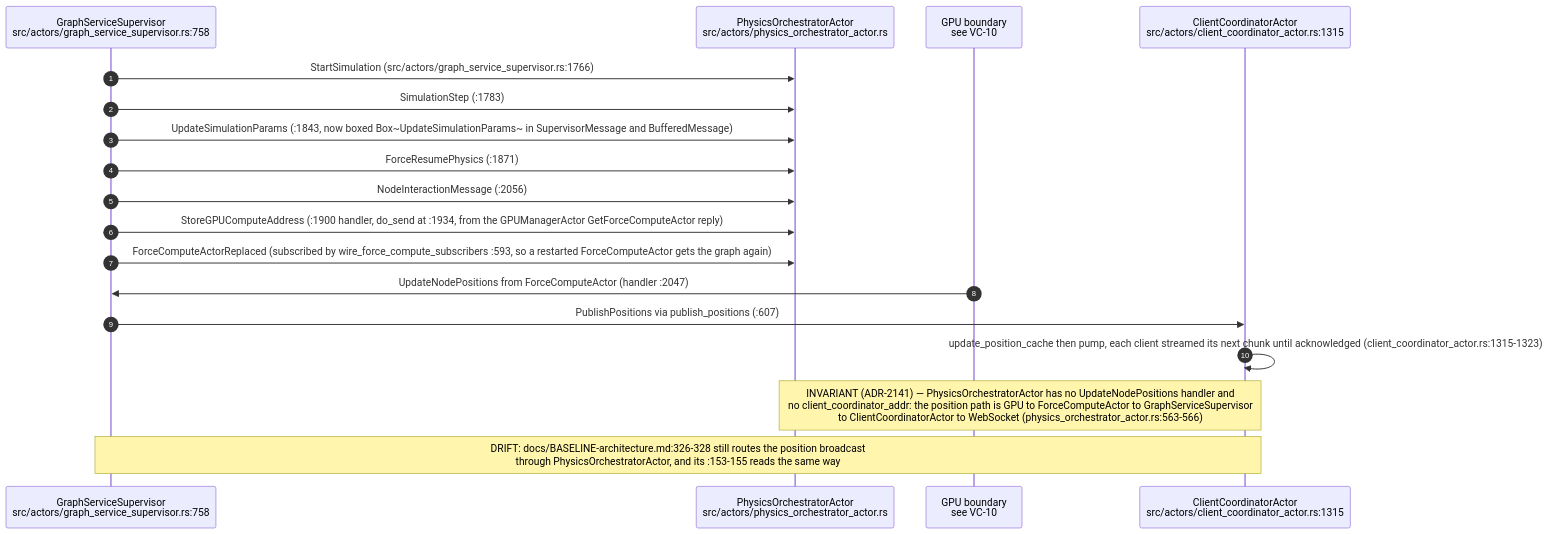
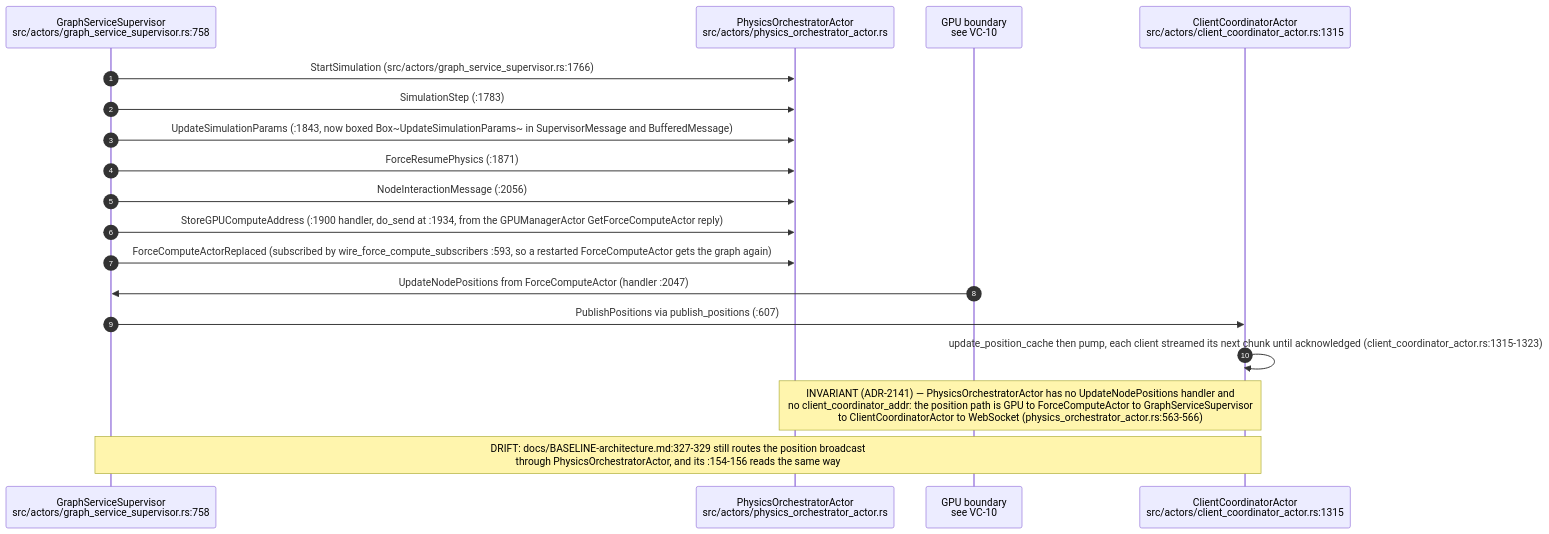
Before and after one commit to DreamLab-AI/VisionFlow: the tenth of 14 diagrams in docs/diagrams/visionclaw/02-actor-supervision.md, drawn with Mermaid. The commit also changed other lines of this file and 151 other files, not shown here.

````diff
--- a/docs/diagrams/visionclaw/02-actor-supervision.md
+++ b/docs/diagrams/visionclaw/02-actor-supervision.md
@@ -415,21 +415,21 @@
 ```mermaid
 sequenceDiagram
     autonumber
     participant GSS as GraphServiceSupervisor<br/>src/actors/graph_service_supervisor.rs:758
     participant PO as PhysicsOrchestratorActor<br/>src/actors/physics_orchestrator_actor.rs
     participant GPU as GPU boundary<br/>see VC-10
     participant CC as ClientCoordinatorActor<br/>src/actors/client_coordinator_actor.rs:1315
 
     GSS->>PO: StartSimulation (src/actors/graph_service_supervisor.rs:1766)
     GSS->>PO: SimulationStep (:1783)
     GSS->>PO: UpdateSimulationParams (:1843, now boxed Box~UpdateSimulationParams~ in SupervisorMessage and BufferedMessage)
     GSS->>PO: ForceResumePhysics (:1871)
     GSS->>PO: NodeInteractionMessage (:2056)
     GSS->>PO: StoreGPUComputeAddress (:1900 handler, do_send at :1934, from the GPUManagerActor GetForceComputeActor reply)
     GSS->>PO: ForceComputeActorReplaced (subscribed by wire_force_compute_subscribers :593, so a restarted ForceComputeActor gets the graph again)
     GPU->>GSS: UpdateNodePositions from ForceComputeActor (handler :2047)
     GSS->>CC: PublishPositions via publish_positions (:607)
     CC->>CC: update_position_cache then pump, each client streamed its next chunk until acknowledged (client_coordinator_actor.rs:1315-1323)
     Note over PO,CC: INVARIANT (ADR-2141) — PhysicsOrchestratorActor has no UpdateNodePositions handler and<br/>no client_coordinator_addr: the position path is GPU to ForceComputeActor to GraphServiceSupervisor<br/>to ClientCoordinatorActor to WebSocket (physics_orchestrator_actor.rs:563-566)
-    Note over GSS,CC: DRIFT: docs/BASELINE-architecture.md:326-328 still routes the position broadcast<br/>through PhysicsOrchestratorActor, and its :153-155 reads the same way
+    Note over GSS,CC: DRIFT: docs/BASELINE-architecture.md:327-329 still routes the position broadcast<br/>through PhysicsOrchestratorActor, and its :154-156 reads the same way
 ```
````
